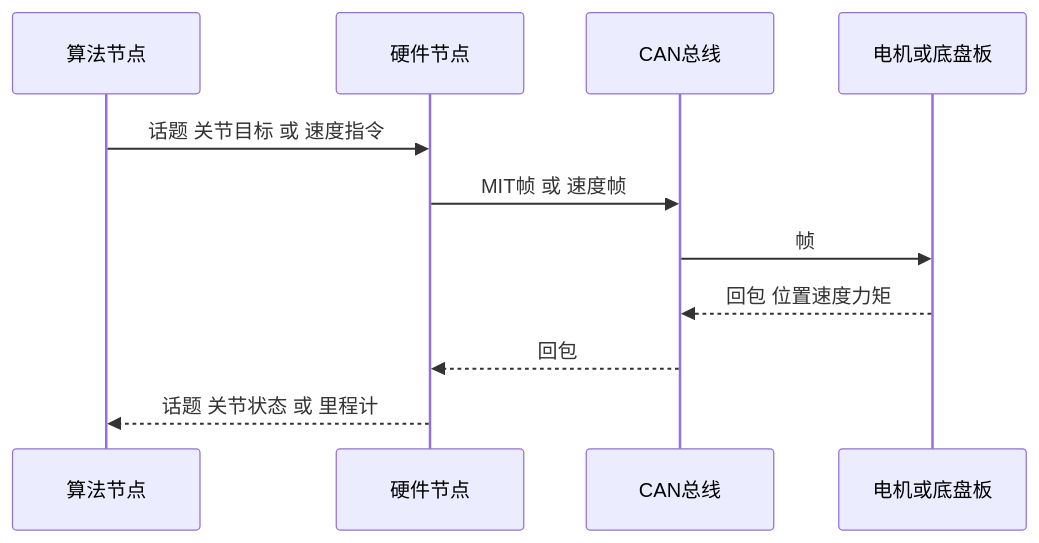
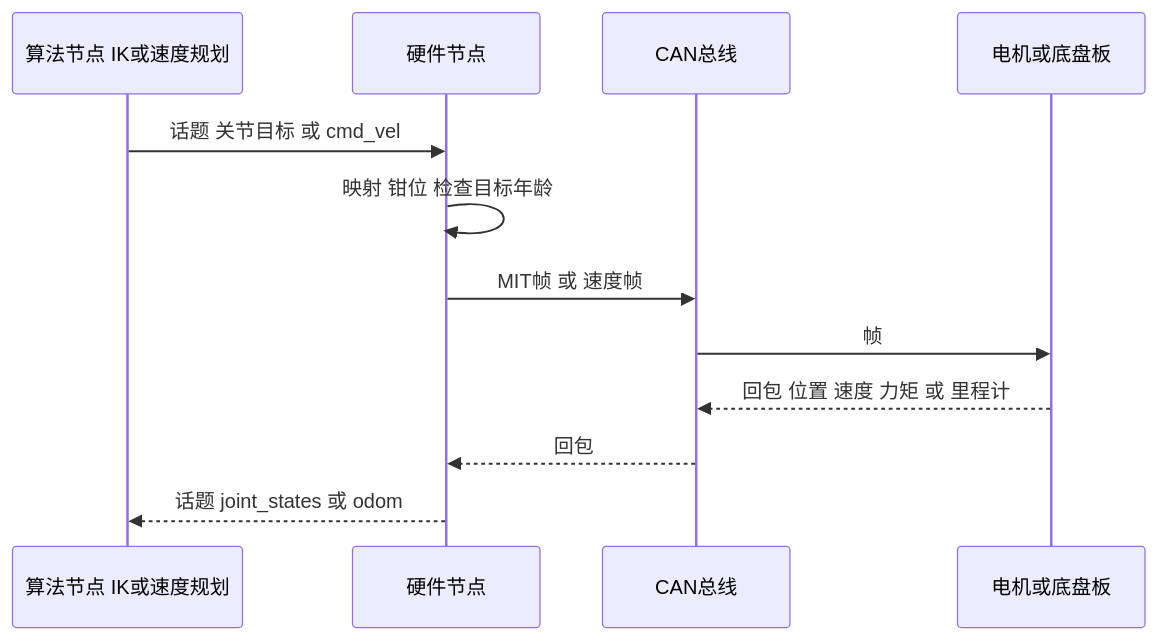
The first of 2 diagrams in 01_项目学习/01_项目课程/P2_未来动力双臂遥操作与差速底盘/10_ROS2_CAN执行链.md (RJgagaga/27fall), drawn with Mermaid before and after one commit. The commit also changed other lines of this file and 93 other files, not shown here.

````diff
--- a/01_项目学习/01_项目课程/P2_未来动力双臂遥操作与差速底盘/10_ROS2_CAN执行链.md
+++ b/01_项目学习/01_项目课程/P2_未来动力双臂遥操作与差速底盘/10_ROS2_CAN执行链.md
@@ -13,13 +42,14 @@
 ```mermaid
 sequenceDiagram
-    participant A as 算法节点
+    participant A as 算法节点 IK或速度规划
     participant H as 硬件节点
     participant C as CAN总线
     participant M as 电机或底盘板
-    A->>H: 话题 关节目标 或 速度指令
+    A->>H: 话题 关节目标 或 cmd_vel
+    H->>H: 映射 钳位 检查目标年龄
     H->>C: MIT帧 或 速度帧
     C->>M: 帧
-    M-->>C: 回包 位置速度力矩
+    M-->>C: 回包 位置 速度 力矩 或 里程计
     C-->>H: 回包
-    H-->>A: 话题 关节状态 或 里程计
+    H-->>A: 话题 joint_states 或 odom
 ```
````
